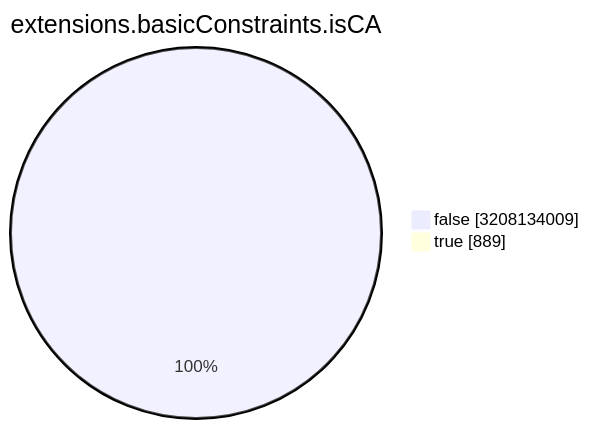
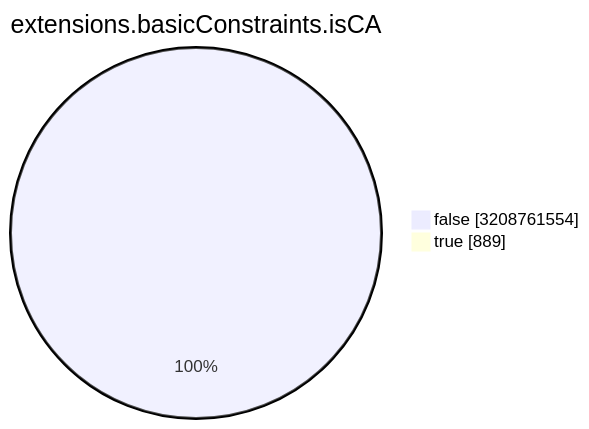
Before and after one commit to christiankrug/ctmonitor_visualization: the seventh of 15 diagrams in TOTAL/README.md, drawn with Mermaid. The commit also changed other lines of this file, not shown here.

````diff
--- a/TOTAL/README.md
+++ b/TOTAL/README.md
@@ -3088,6 +3088,6 @@
 ```mermaid
 pie showData
 title extensions.basicConstraints.isCA
-"false" :3208134009
+"false" :3208761554
 "true" :889
 ```
````
